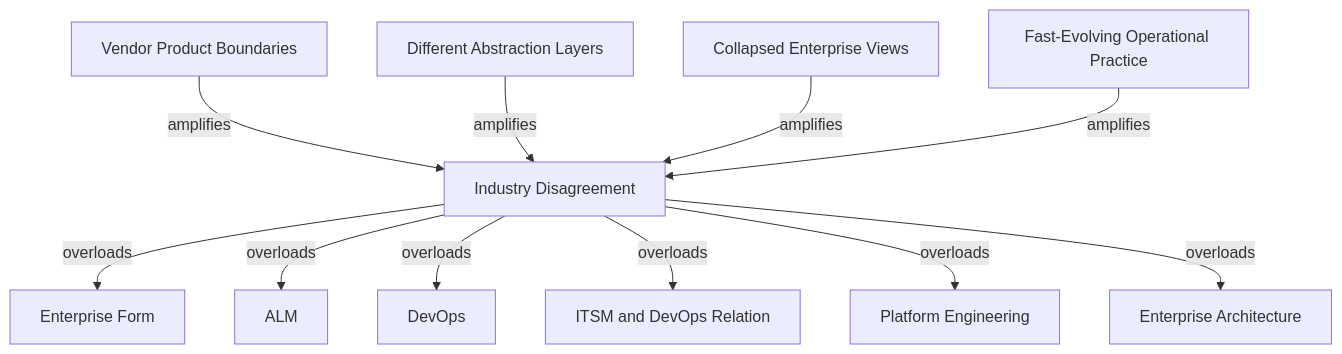
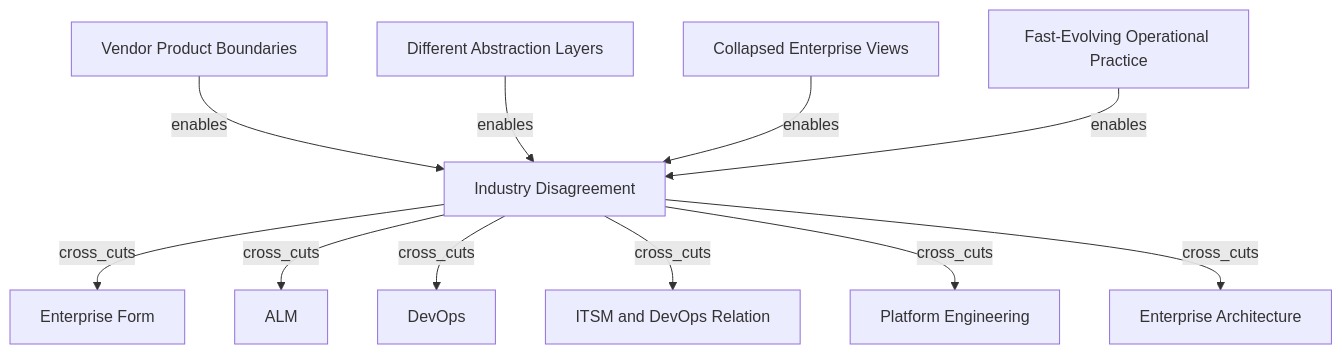
Before and after one commit to Luckden/Toolerp: the diagram in research/11-disagreement/industry-disagreement.md, drawn with Mermaid. The commit also changed 15 other files, not shown here.

````diff
--- a/research/11-disagreement/industry-disagreement.md
+++ b/research/11-disagreement/industry-disagreement.md
@@ -52,25 +52,25 @@
 ```mermaid
 flowchart TD
 	industry_disagreement[Industry Disagreement]
 	enterprise_form[Enterprise Form]
 	alm[ALM]
 	devops[DevOps]
 	itsm_devops_relation[ITSM and DevOps Relation]
 	platform_engineering[Platform Engineering]
 	enterprise_architecture[Enterprise Architecture]
 	product_boundaries[Vendor Product Boundaries]
 	abstraction_layers[Different Abstraction Layers]
 	collapsed_views[Collapsed Enterprise Views]
 	fast_evolving_practice[Fast-Evolving Operational Practice]
 
-	product_boundaries -->|amplifies| industry_disagreement
-	abstraction_layers -->|amplifies| industry_disagreement
-	collapsed_views -->|amplifies| industry_disagreement
-	fast_evolving_practice -->|amplifies| industry_disagreement
-	industry_disagreement -->|overloads| enterprise_form
-	industry_disagreement -->|overloads| alm
-	industry_disagreement -->|overloads| devops
-	industry_disagreement -->|overloads| itsm_devops_relation
-	industry_disagreement -->|overloads| platform_engineering
-	industry_disagreement -->|overloads| enterprise_architecture
+	product_boundaries -->|enables| industry_disagreement
+	abstraction_layers -->|enables| industry_disagreement
+	collapsed_views -->|enables| industry_disagreement
+	fast_evolving_practice -->|enables| industry_disagreement
+	industry_disagreement -->|cross_cuts| enterprise_form
+	industry_disagreement -->|cross_cuts| alm
+	industry_disagreement -->|cross_cuts| devops
+	industry_disagreement -->|cross_cuts| itsm_devops_relation
+	industry_disagreement -->|cross_cuts| platform_engineering
+	industry_disagreement -->|cross_cuts| enterprise_architecture
 ```
````
